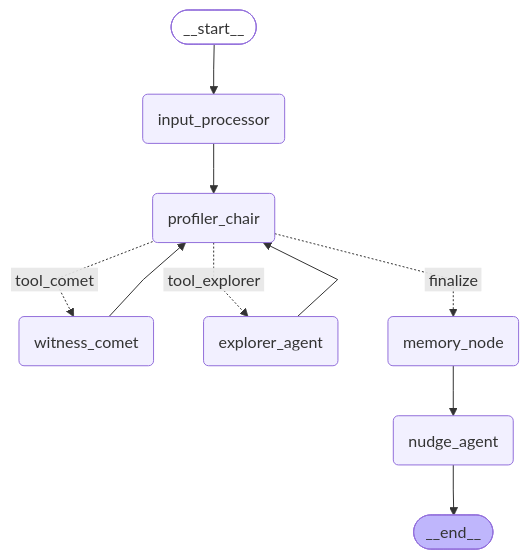
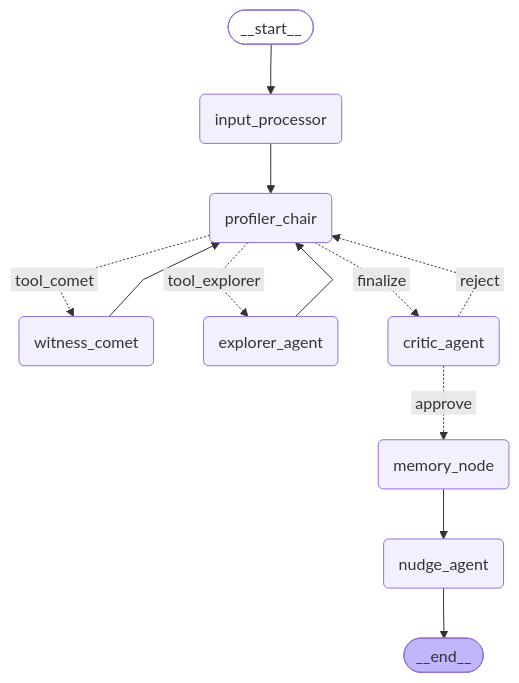
The diagram in docs/agent_graph.mermaid (c0a22080fa/reframing), drawn with Mermaid before and after one commit. The commit also changed 10 other files, not shown here.

```diff
--- a/docs/agent_graph.mermaid
+++ b/docs/agent_graph.mermaid
@@ -1,26 +1,29 @@
 ---
 config:
   flowchart:
     curve: linear
 ---
 graph TD;
 	__start__([<p>__start__</p>]):::first
 	input_processor(input_processor)
 	profiler_chair(profiler_chair)
 	witness_comet(witness_comet)
 	explorer_agent(explorer_agent)
+	critic_agent(critic_agent)
 	memory_node(memory_node)
 	nudge_agent(nudge_agent)
 	__end__([<p>__end__</p>]):::last
 	__start__ --> input_processor;
+	critic_agent -. &nbsp;approve&nbsp; .-> memory_node;
+	critic_agent -. &nbsp;reject&nbsp; .-> profiler_chair;
 	explorer_agent --> profiler_chair;
 	input_processor --> profiler_chair;
 	memory_node --> nudge_agent;
+	profiler_chair -. &nbsp;finalize&nbsp; .-> critic_agent;
 	profiler_chair -. &nbsp;tool_explorer&nbsp; .-> explorer_agent;
-	profiler_chair -. &nbsp;finalize&nbsp; .-> memory_node;
 	profiler_chair -. &nbsp;tool_comet&nbsp; .-> witness_comet;
 	witness_comet --> profiler_chair;
 	nudge_agent --> __end__;
 	classDef default fill:#f2f0ff,line-height:1.2
 	classDef first fill-opacity:0
 	classDef last fill:#bfb6fc
```
